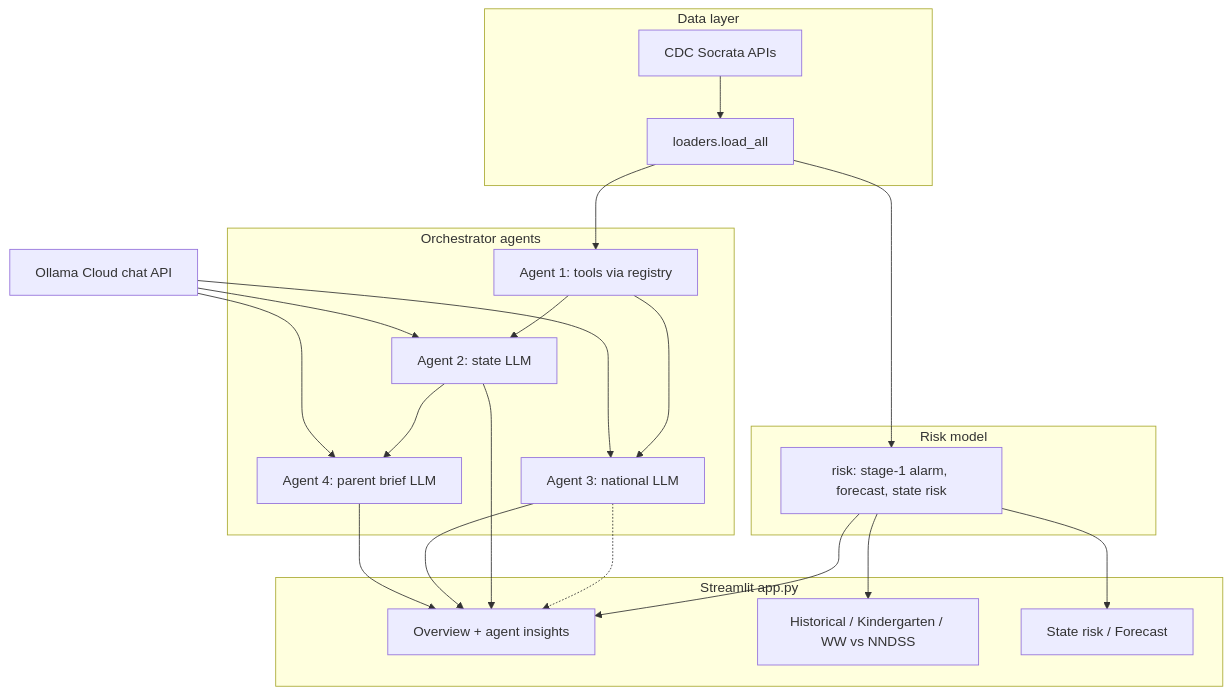
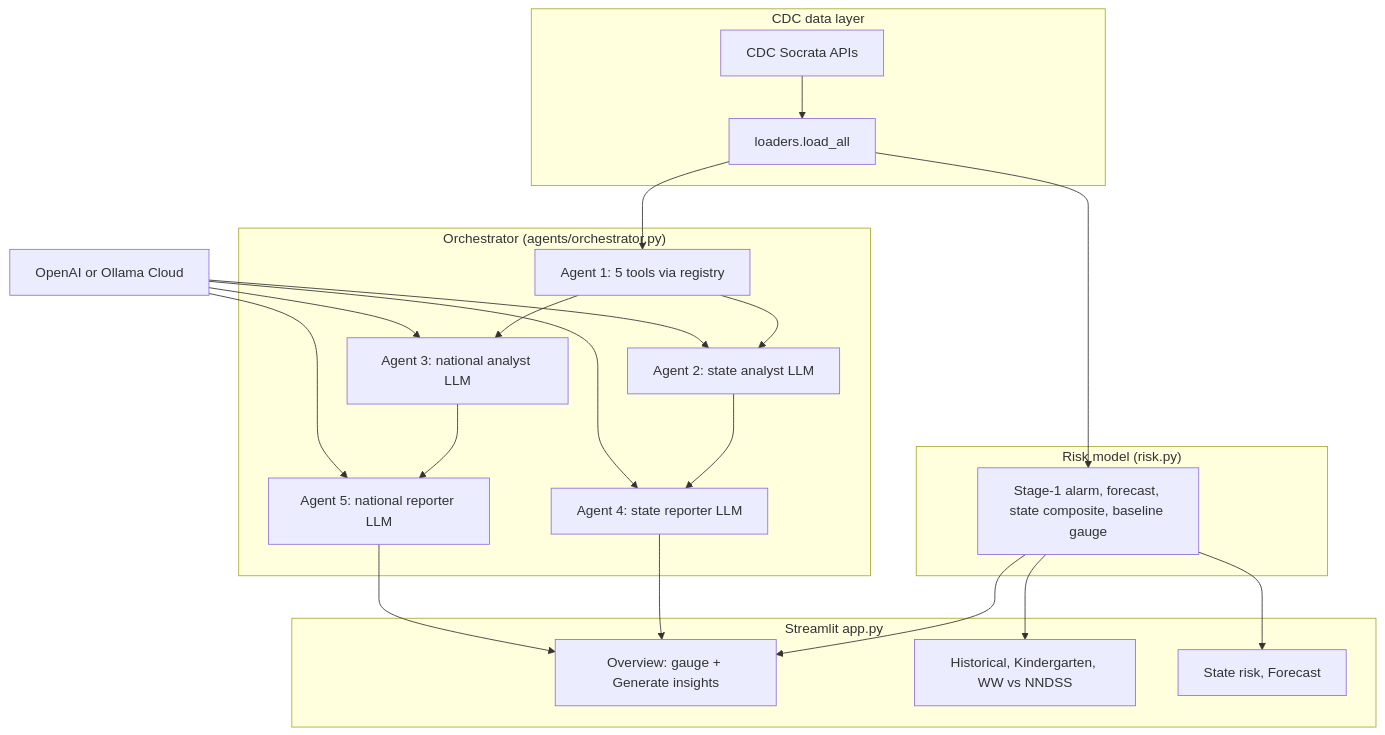
One commit to is443-eng/ai-data-science-team-w changed the diagram in Tool V2/docs/diagrams/architecture.mmd. Above: the diagram before and after it, drawn with Mermaid. The commit also changed 18 other files, not shown here.

First line of the commit message:
Docs: submission write-ups, architecture diagram, prompts, and doc updates

```diff
--- a/Tool V2/docs/diagrams/architecture.mmd
+++ b/Tool V2/docs/diagrams/architecture.mmd
@@ -1,40 +1,45 @@
-%% Tool V2 — data + agent flow (Mermaid source; paste into docx or render with mermaid-cli / GitHub)
+%% Tool V2 - process diagram (Mermaid source)
+%% Export: paste into https://mermaid.live -> PNG/SVG, or: npx @mermaid-js/mermaid-cli -i architecture.mmd -o architecture.png
+%% Orchestrator: Agent 1, then Agents 2 and 3 in parallel, then Agents 4 and 5 in parallel (see orchestrator.py)
+%% Copy only the flowchart below (one diagram). Do not paste twice; keep blank lines between statements.
 flowchart TB
-  subgraph Data["Data layer"]
+  subgraph Data["CDC data layer"]
     CDC["CDC Socrata APIs"]
     L["loaders.load_all"]
     CDC --> L
   end
 
-  subgraph Model["Risk model"]
-    R["risk: stage-1 alarm, forecast, state risk"]
+  subgraph Model["Risk model (risk.py)"]
+    R["Stage-1 alarm, forecast, state composite, baseline gauge"]
     L --> R
   end
 
   subgraph UI["Streamlit app.py"]
-    O["Overview + agent insights"]
-    T1["Historical / Kindergarten / WW vs NNDSS"]
-    T2["State risk / Forecast"]
-    R --> O
+    Ov["Overview: gauge + Generate insights"]
+    T1["Historical, Kindergarten, WW vs NNDSS"]
+    T2["State risk, Forecast"]
+    R --> Ov
     R --> T1
     R --> T2
   end
 
-  subgraph Orch["Orchestrator agents"]
-    A1["Agent 1: tools via registry"]
-    A2["Agent 2: state LLM"]
-    A3["Agent 3: national LLM"]
-    A4["Agent 4: parent brief LLM"]
+  subgraph Orch["Orchestrator (agents/orchestrator.py)"]
+    A1["Agent 1: 5 tools via registry"]
+    A2["Agent 2: state analyst LLM"]
+    A3["Agent 3: national analyst LLM"]
+    A4["Agent 4: state reporter LLM"]
+    A5["Agent 5: national reporter LLM"]
     A1 --> A2
     A1 --> A3
     A2 --> A4
-    A3 -.-> O
+    A3 --> A5
   end
 
   L --> A1
-  OC["Ollama Cloud chat API"] --> A2
-  OC --> A3
-  OC --> A4
-  A2 --> O
-  A3 --> O
-  A4 --> O
+  LLM["OpenAI or Ollama Cloud"]
+  LLM --> A2
+  LLM --> A3
+  LLM --> A4
+  LLM --> A5
+  A4 --> Ov
+  A5 --> Ov
```
